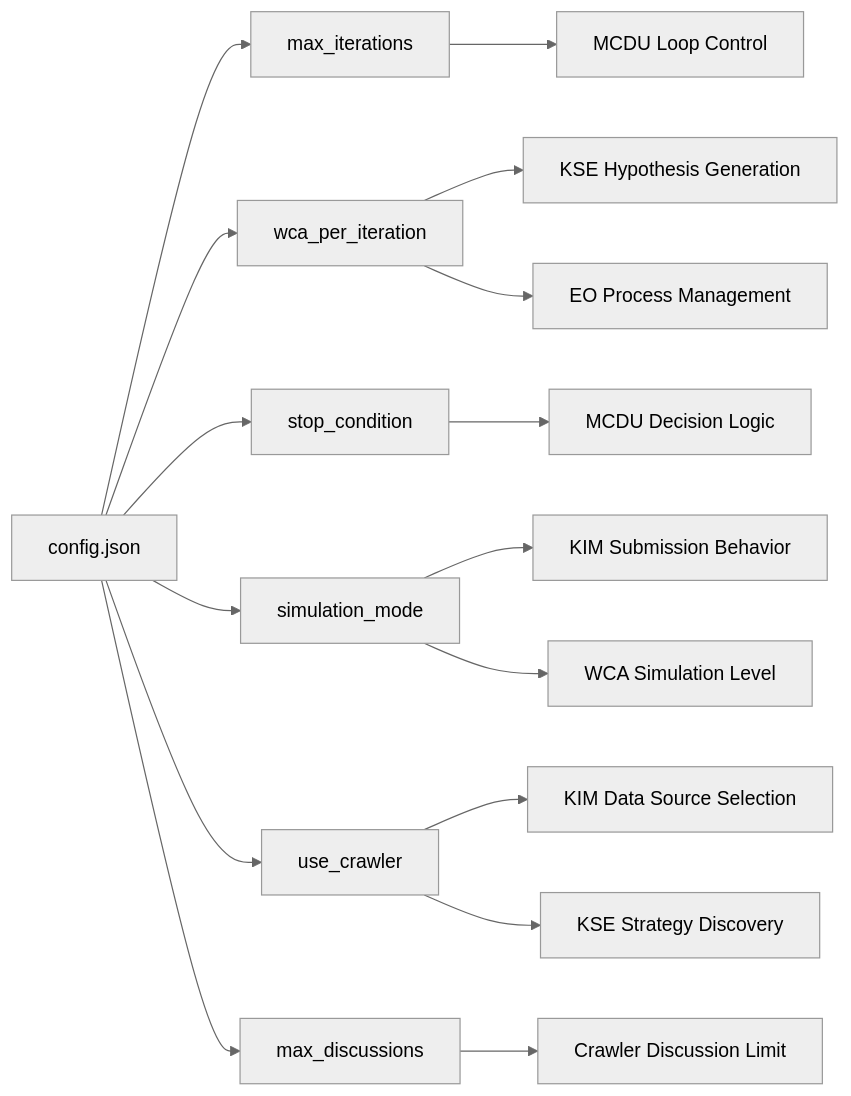
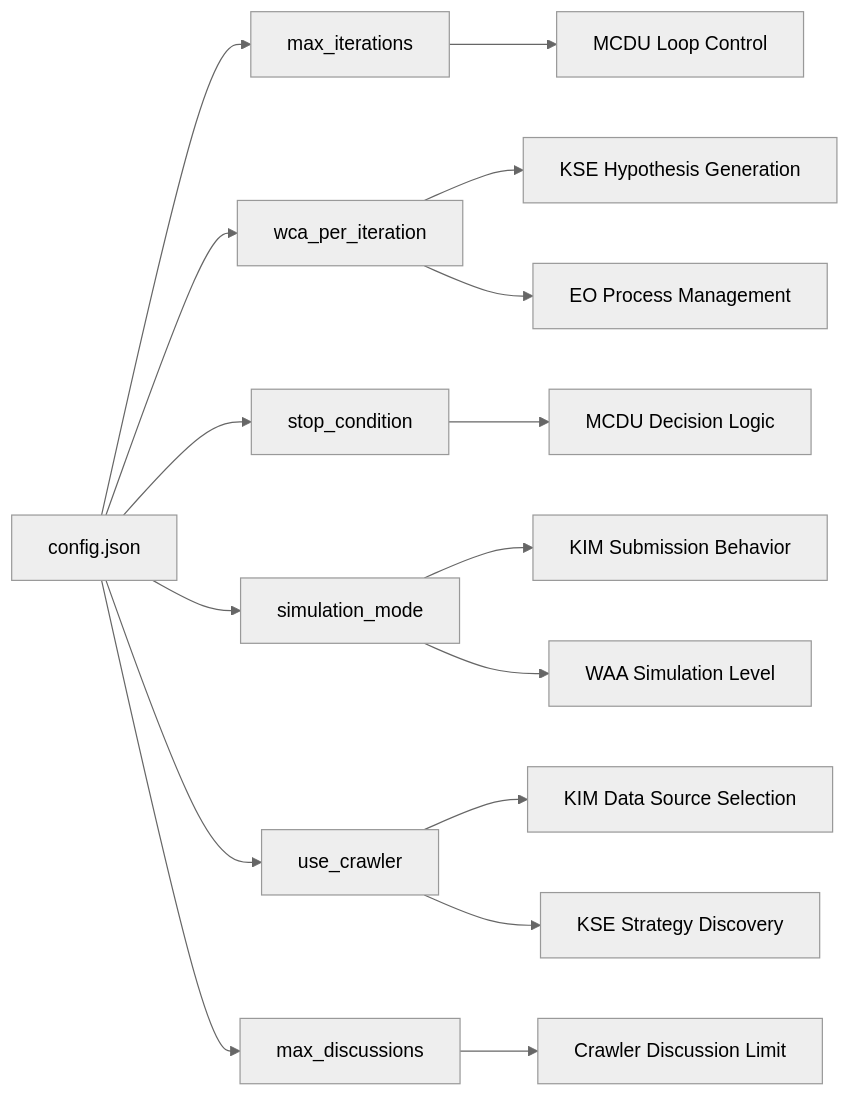
Diagram 13 of 14 in docs/architecture/DETAILED_FLOW.md (harutasti/kaggle_automation), drawn with Mermaid (neutral theme) before and after one commit. The commit also changed other lines of this file and 27 other files, not shown here.

````diff
--- a/docs/architecture/DETAILED_FLOW.md
+++ b/docs/architecture/DETAILED_FLOW.md
@@ -355,19 +355,19 @@
 ```mermaid
 graph LR
     A[config.json] --> B[max_iterations]
     A --> C[wca_per_iteration]
     A --> D[stop_condition]
     A --> E[simulation_mode]
     A --> F[use_crawler]
     A --> G[max_discussions]
     
     B --> H[MCDU Loop Control]
     C --> I[KSE Hypothesis Generation]
     C --> J[EO Process Management]
     D --> K[MCDU Decision Logic]
     E --> L[KIM Submission Behavior]
-    E --> M[WCA Simulation Level]
+    E --> M[WAA Simulation Level]
     F --> N[KIM Data Source Selection]
     F --> O[KSE Strategy Discovery]
     G --> P[Crawler Discussion Limit]
 ```
````
